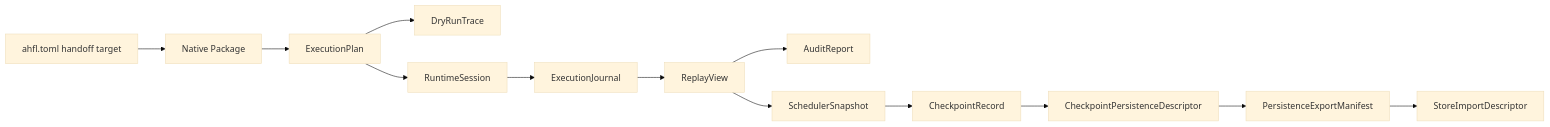
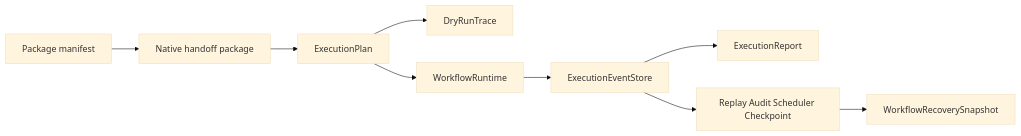
Before and after one commit to Zzzode/AHFL: the diagram in docs/reference/native-runtime-artifacts.zh.md, drawn with Mermaid (base theme). The commit also changed other lines of this file and 26 other files, not shown here.

````diff
--- a/docs/reference/native-runtime-artifacts.zh.md
+++ b/docs/reference/native-runtime-artifacts.zh.md
@@ -27,15 +7,11 @@
 ```mermaid
 flowchart LR
-    Authoring[ahfl.toml handoff target] --> Package[Native Package]
+    Manifest[Package manifest] --> Package[Native handoff package]
     Package --> Plan[ExecutionPlan]
     Plan --> DryRun[DryRunTrace]
-    Plan --> Session[RuntimeSession]
-    Session --> Journal[ExecutionJournal]
-    Journal --> Replay[ReplayView]
-    Replay --> Audit[AuditReport]
-    Replay --> Scheduler[SchedulerSnapshot]
-    Scheduler --> Checkpoint[CheckpointRecord]
-    Checkpoint --> Persistence[CheckpointPersistenceDescriptor]
-    Persistence --> Export[PersistenceExportManifest]
-    Export --> StoreImport[StoreImportDescriptor]
+    Plan --> Runtime[WorkflowRuntime]
+    Runtime --> Events[ExecutionEventStore]
+    Events --> Report[ExecutionReport]
+    Events --> Projections[Replay Audit Scheduler Checkpoint]
+    Projections --> Recovery[WorkflowRecoverySnapshot]
 ```
````
